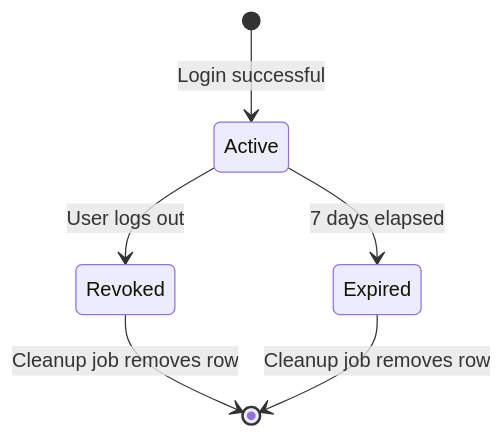
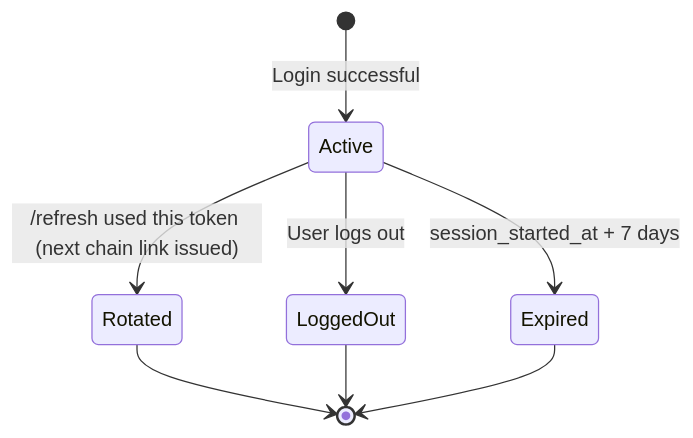
One commit to Curiosity-Advocate/expense-tracker changed the third of 5 diagrams in MVP/docs/architecture/api-contract.md. Above: the diagram before and after it, drawn with Mermaid. The commit also changed other lines of this file and 31 other files, not shown here.

First line of the commit message:
feat(v2.0 S4): refresh-token rotation with reuse detection and max-session cap

````diff
--- a/MVP/docs/architecture/api-contract.md
+++ b/MVP/docs/architecture/api-contract.md
@@ -108,8 +109,10 @@
 ```mermaid
 stateDiagram-v2
     [*] --> Active: Login successful
-    Active --> Revoked: User logs out
-    Active --> Expired: 7 days elapsed
-    Revoked --> [*]: Cleanup job removes row
-    Expired --> [*]: Cleanup job removes row
+    Active --> Rotated: /refresh used this token (next chain link issued)
+    Active --> LoggedOut: User logs out
+    Active --> Expired: session_started_at + 7 days
+    Rotated --> [*]
+    LoggedOut --> [*]
+    Expired --> [*]
 ```
````
